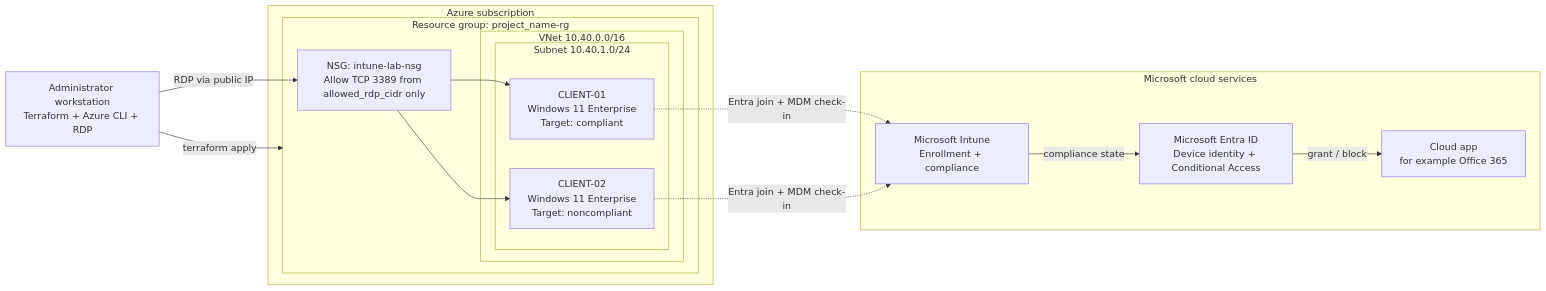
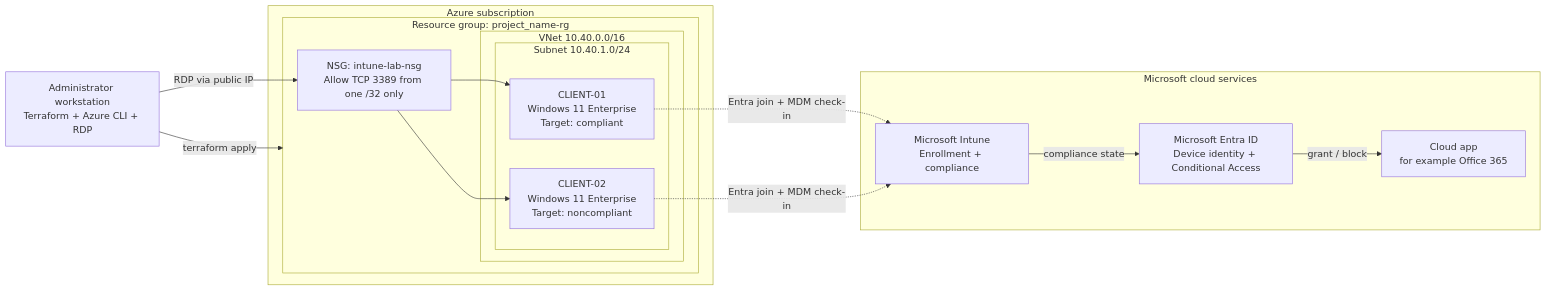
Before and after one commit to emadadel2008/intune-compliance-lab: the diagram in README.md, drawn with Mermaid. The commit also changed other lines of this file and 21 other files, not shown here.

````diff
--- a/README.md
+++ b/README.md
@@ -75,31 +58,31 @@
 ```mermaid
 flowchart LR
     admin["Administrator workstation<br/>Terraform + Azure CLI + RDP"]
 
     subgraph azure["Azure subscription"]
         subgraph rg["Resource group: project_name-rg"]
-            nsg["NSG: intune-lab-nsg<br/>Allow TCP 3389 from allowed_rdp_cidr only"]
+            nsg["NSG: intune-lab-nsg<br/>Allow TCP 3389 from one /32 only"]
             subgraph vnet["VNet 10.40.0.0/16"]
                 subgraph snet["Subnet 10.40.1.0/24"]
                     c1["CLIENT-01<br/>Windows 11 Enterprise<br/>Target: compliant"]
                     c2["CLIENT-02<br/>Windows 11 Enterprise<br/>Target: noncompliant"]
                 end
             end
         end
     end
 
     subgraph cloud["Microsoft cloud services"]
         entra["Microsoft Entra ID<br/>Device identity + Conditional Access"]
         intune["Microsoft Intune<br/>Enrollment + compliance"]
         m365["Cloud app<br/>for example Office 365"]
     end
 
     admin -- "terraform apply" --> rg
     admin -- "RDP via public IP" --> nsg
     nsg --> c1
     nsg --> c2
     c1 -. "Entra join + MDM check-in" .-> intune
     c2 -. "Entra join + MDM check-in" .-> intune
     intune -- "compliance state" --> entra
     entra -- "grant / block" --> m365
 ```
````
